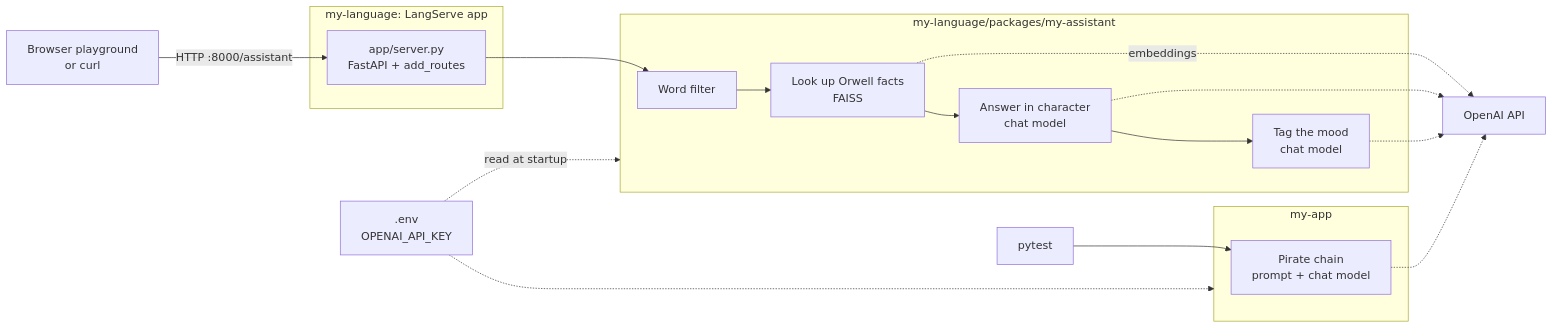
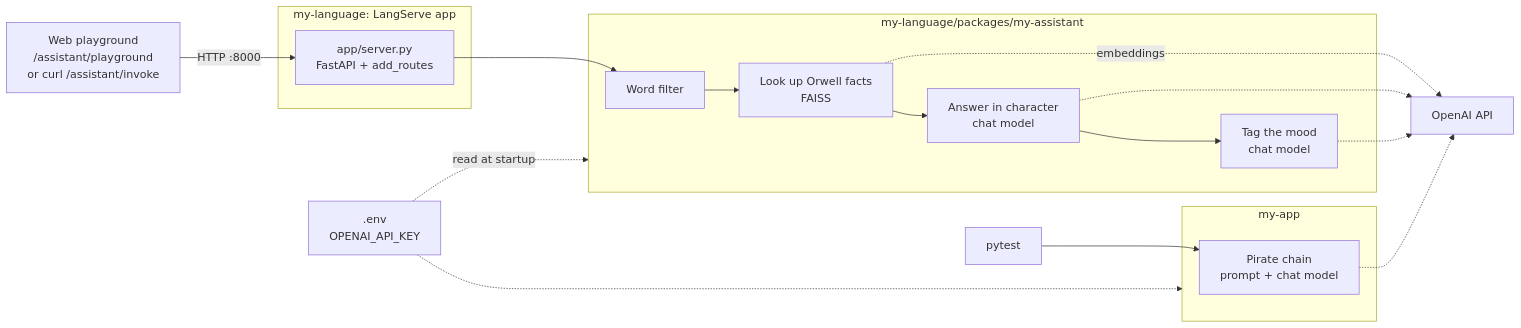
Before and after one commit to ibipul/lang_chain_playground: the diagram in README.md, drawn with Mermaid. The commit also changed other lines of this file, not shown here.

Commit message:
README: describe the /assistant/playground web interface in the repo overview

````diff
--- a/README.md
+++ b/README.md
@@ -77,25 +80,25 @@
 ```mermaid
 flowchart LR
-    U["Browser playground<br/>or curl"] -->|"HTTP :8000/assistant"| S
+    U["Web playground<br/>/assistant/playground<br/>or curl /assistant/invoke"] -->|"HTTP :8000"| S
 
     subgraph ML["my-language: LangServe app"]
         S["app/server.py<br/>FastAPI + add_routes"]
     end
 
     subgraph MA["my-language/packages/my-assistant"]
         K["Word filter"] --> R["Look up Orwell facts<br/>FAISS"] --> G["Answer in character<br/>chat model"] --> M["Tag the mood<br/>chat model"]
     end
 
     subgraph MP["my-app"]
         P["Pirate chain<br/>prompt + chat model"]
     end
 
     S --> K
     T["pytest"] --> P
     R -.->|embeddings| O["OpenAI API"]
     G -.-> O
     M -.-> O
     P -.-> O
     E[".env<br/>OPENAI_API_KEY"] -.->|"read at startup"| MA
     E -.-> MP
 ```
````
